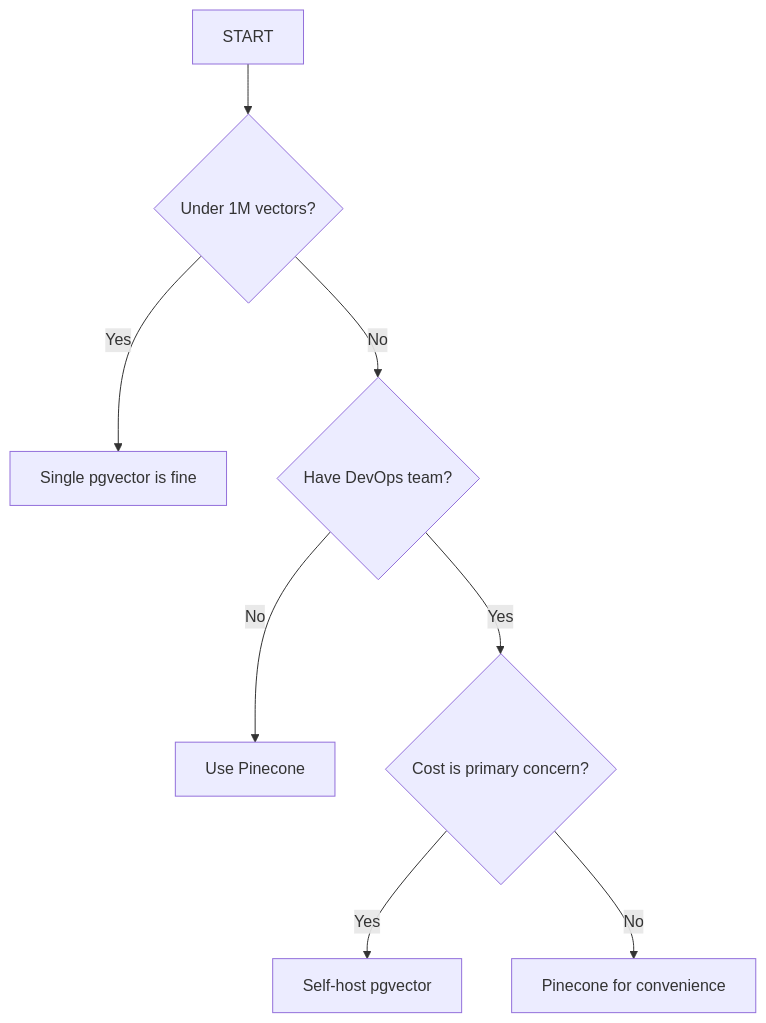
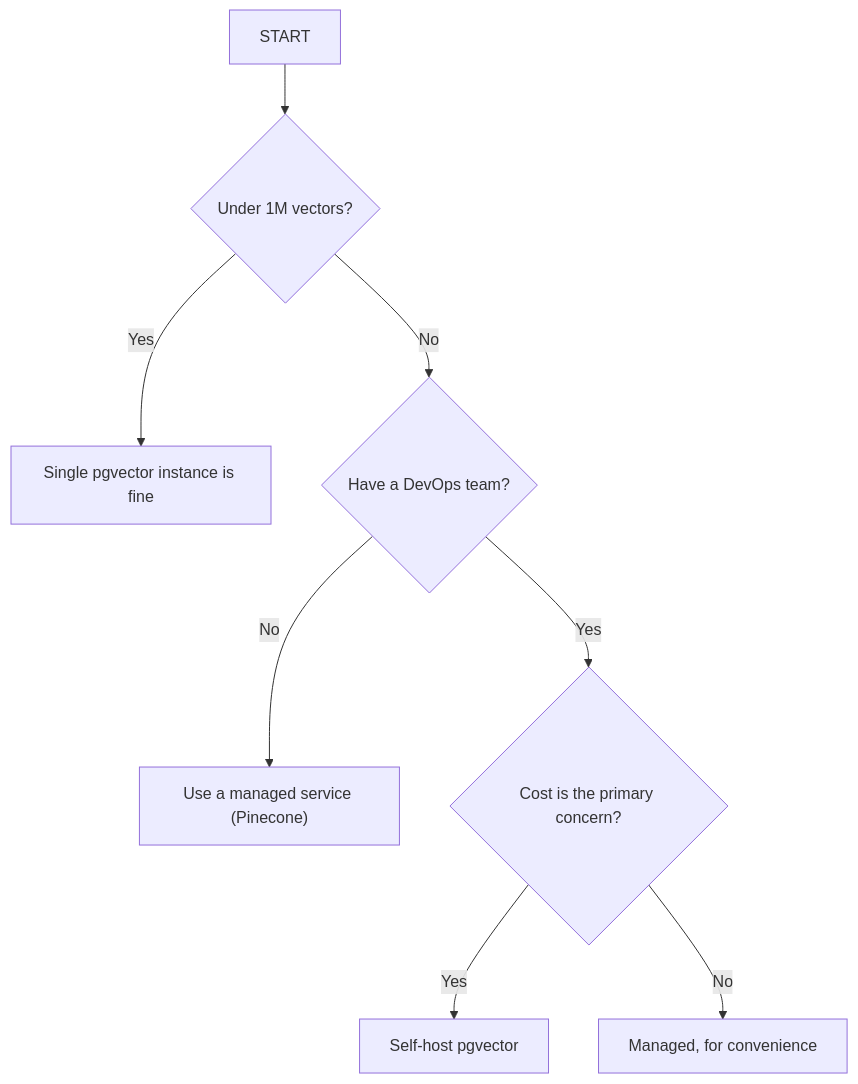
One commit to GreninjaCd/lang-course changed the fourth of 5 diagrams in know/knowledge.md. Above: the diagram before and after it, drawn with Mermaid. The commit also changed other lines of this file and 5 other files, not shown here.

````diff
--- a/know/knowledge.md
+++ b/know/knowledge.md
@@ -387,10 +504,10 @@
 ```mermaid
 flowchart TD
     A["START"] --> B{"Under 1M vectors?"}
-    B -- Yes --> C["Single pgvector is fine"]
-    B -- No --> D{"Have DevOps team?"}
-    D -- No --> E["Use Pinecone"]
-    D -- Yes --> F{"Cost is primary concern?"}
+    B -- Yes --> C["Single pgvector instance is fine"]
+    B -- No --> D{"Have a DevOps team?"}
+    D -- No --> E["Use a managed service (Pinecone)"]
+    D -- Yes --> F{"Cost is the primary concern?"}
     F -- Yes --> G["Self-host pgvector"]
-    F -- No --> H["Pinecone for convenience"]
+    F -- No --> H["Managed, for convenience"]
 ```
````
